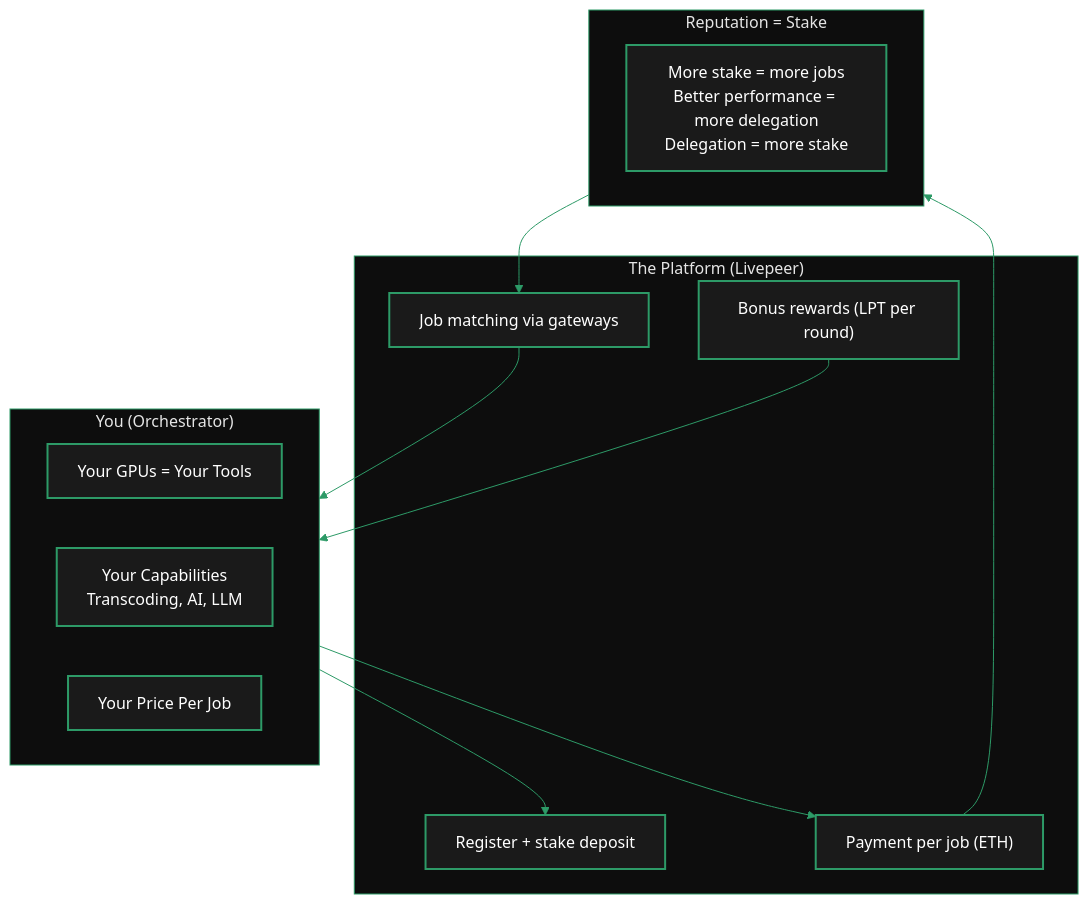
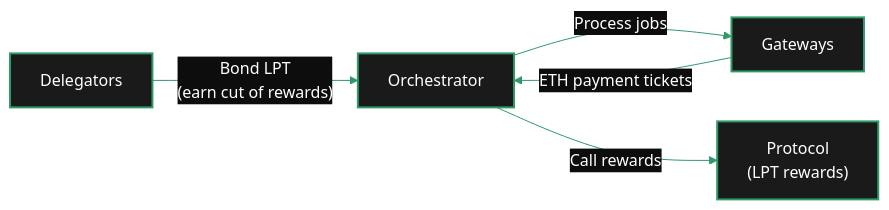
Before and after one commit to sidestream-tech/livepeer-docs: the fifth of 5 diagrams in v2/orchestrators/concepts/role.mdx, drawn with Mermaid. The commit also changed other lines of this file and 57 other files, not shown here.

````diff
--- a/v2/orchestrators/concepts/role.mdx
+++ b/v2/orchestrators/concepts/role.mdx
@@ -191,32 +212,10 @@
 ```mermaid
 %%{init: {'theme': 'base', 'themeVariables': { 'primaryColor': '#1a1a1a', 'primaryTextColor': '#fff', 'primaryBorderColor': '#2d9a67', 'lineColor': '#2d9a67', 'secondaryColor': '#0d0d0d', 'tertiaryColor': '#1a1a1a', 'background': '#0d0d0d', 'fontFamily': 'system-ui' }}}%%
-flowchart TB
-    subgraph You["You (Orchestrator)"]
-        Tools["Your GPUs = Your Tools"]
-        Skills["Your Capabilities<br/>Transcoding, AI, LLM"]
-        Rate["Your Price Per Job"]
-    end
-
-    subgraph Platform["The Platform (Livepeer)"]
-        Register["Register + stake deposit"]
-        Match["Job matching via gateways"]
-        Pay["Payment per job (ETH)"]
-        Rewards["Bonus rewards (LPT per round)"]
-    end
-
-    subgraph Reputation["Reputation = Stake"]
-        Rep["More stake = more jobs<br/>Better performance = more delegation<br/>Delegation = more stake"]
-    end
-
-    You --> Register
-    Match --> You
-    You --> Pay
-    Rewards --> You
-    Pay --> Reputation
-    Reputation --> Match
+flowchart LR
+    A["Delegators"] -->|"Bond LPT<br/>(earn cut of rewards)"| B["Orchestrator"]
+    B -->|"Process jobs"| C["Gateways"]
+    C -->|"ETH payment tickets"| B
+    B -->|"Call rewards"| D["Protocol<br/>(LPT rewards)"]
 
     classDef default fill:#1a1a1a,color:#fff,stroke:#2d9a67,stroke-width:2px
-    style You fill:#0d0d0d,stroke:#2d9a67,stroke-width:1px
-    style Platform fill:#0d0d0d,stroke:#2d9a67,stroke-width:1px
-    style Reputation fill:#0d0d0d,stroke:#2d9a67,stroke-width:1px
 ```
````
